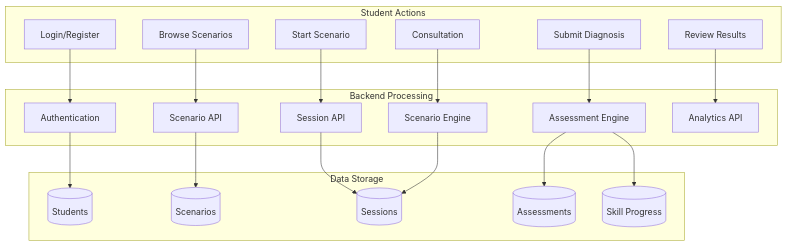
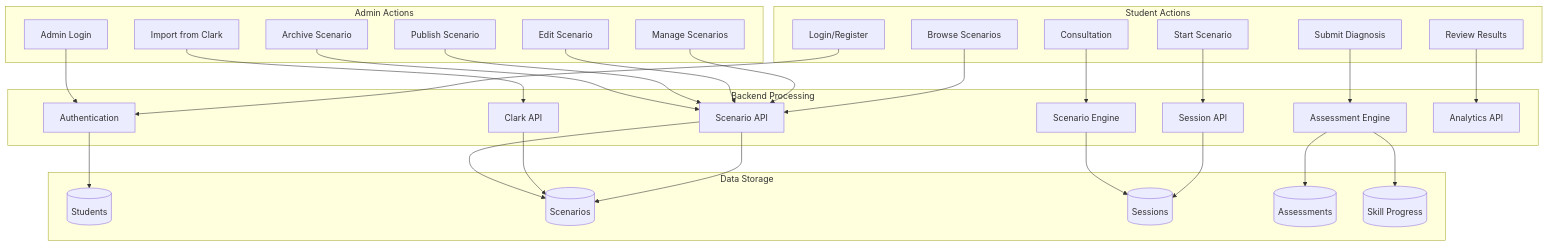
Before and after one commit to Amoukli/Coach_AI: the first of 10 diagrams in docs/diagrams/data-flow.md, drawn with Mermaid. The commit also changed other lines of this file and 4 other files, not shown here.

First line of the commit message:
Update architecture diagrams for Admin UI and Clark integration

````diff
--- a/docs/diagrams/data-flow.md
+++ b/docs/diagrams/data-flow.md
@@ -11,36 +11,53 @@
 ```mermaid
 flowchart TD
     subgraph Student["Student Actions"]
         Login[Login/Register]
         Browse[Browse Scenarios]
         Start[Start Scenario]
         Consult[Consultation]
         Submit[Submit Diagnosis]
         Review[Review Results]
     end
 
+    subgraph Admin["Admin Actions"]
+        AdminLogin[Admin Login]
+        Manage[Manage Scenarios]
+        ImportClark[Import from Clark]
+        EditScenario[Edit Scenario]
+        PublishScenario[Publish Scenario]
+        ArchiveScenario[Archive Scenario]
+    end
+
     subgraph Backend["Backend Processing"]
         Auth[Authentication]
         ScenarioAPI[Scenario API]
         SessionAPI[Session API]
+        ClarkAPI[Clark API]
         Engine[Scenario Engine]
         Assessment[Assessment Engine]
         Analytics[Analytics API]
     end
 
     subgraph Data["Data Storage"]
         Students[(Students)]
         Scenarios[(Scenarios)]
         Sessions[(Sessions)]
         Assessments[(Assessments)]
         Progress[(Skill Progress)]
     end
 
     Login --> Auth --> Students
     Browse --> ScenarioAPI --> Scenarios
     Start --> SessionAPI --> Sessions
     Consult --> Engine --> Sessions
     Submit --> Assessment --> Assessments
     Assessment --> Progress
     Review --> Analytics
+
+    AdminLogin --> Auth
+    Manage --> ScenarioAPI
+    ImportClark --> ClarkAPI --> Scenarios
+    EditScenario --> ScenarioAPI --> Scenarios
+    PublishScenario --> ScenarioAPI
+    ArchiveScenario --> ScenarioAPI
 ```
````
